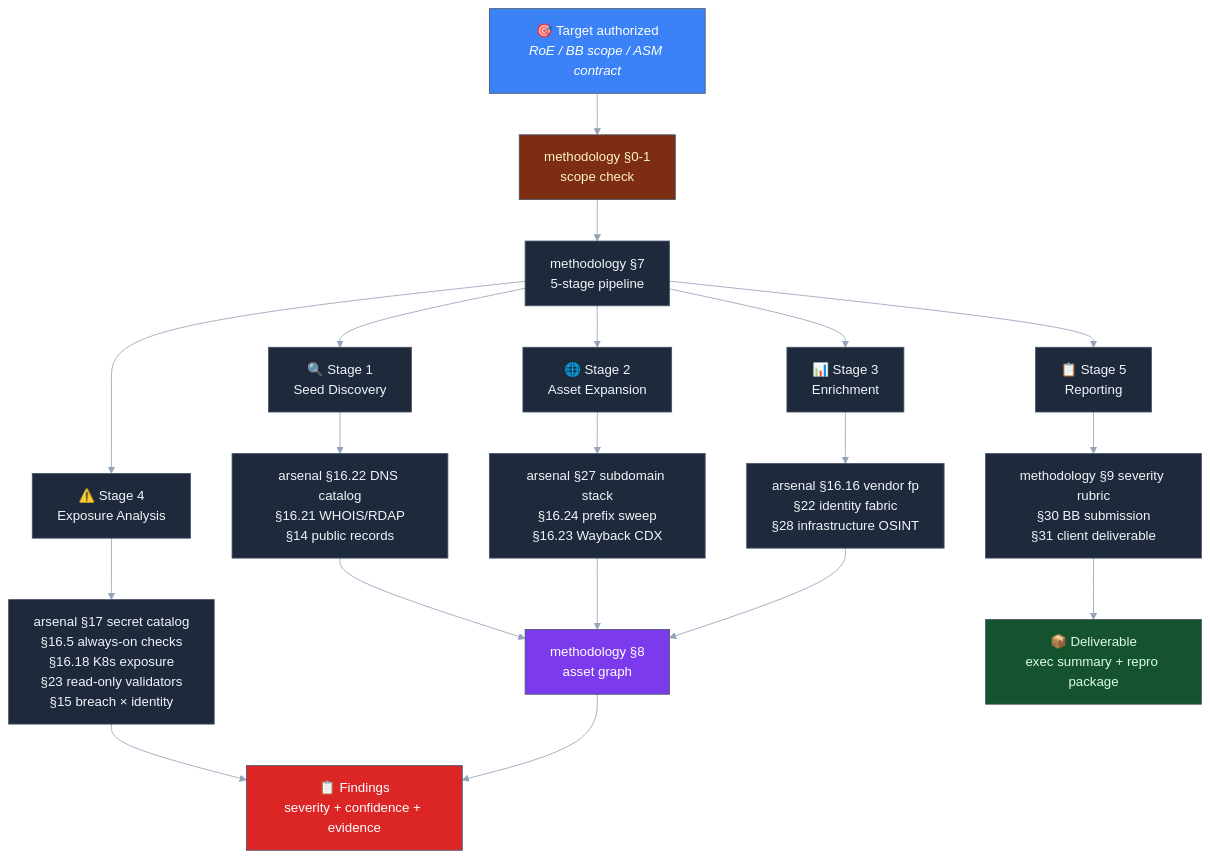
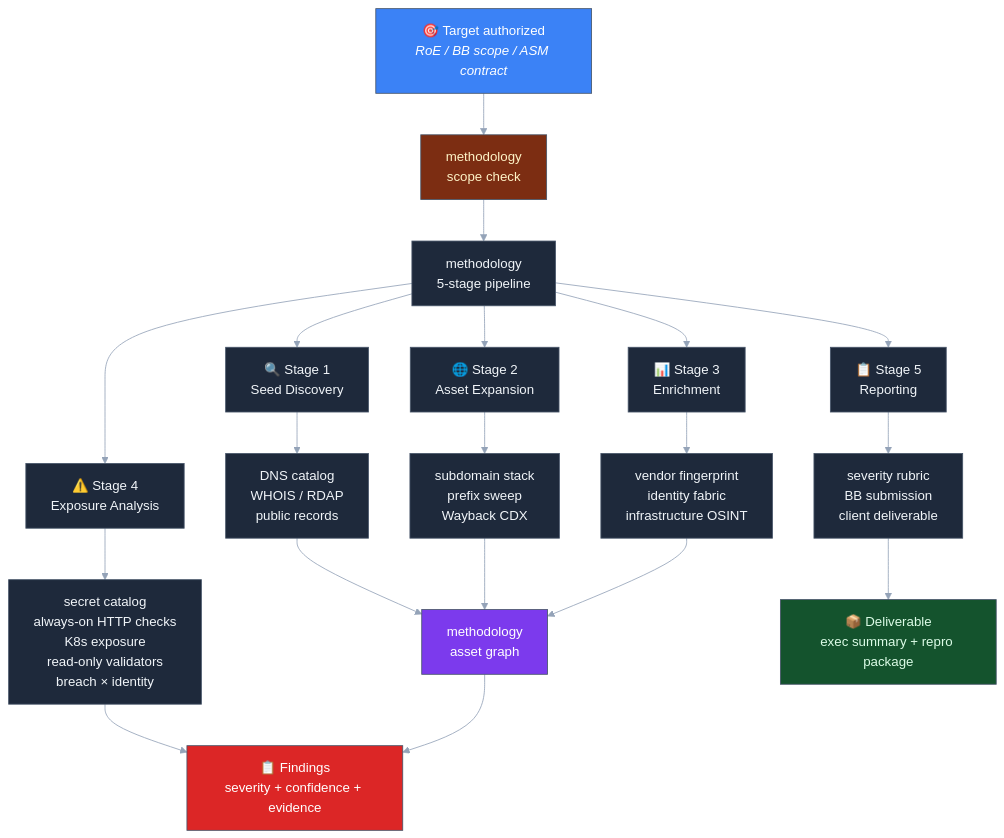
One commit to elementalsouls/Claude-OSINT changed the second of 2 diagrams in README.md. Above: the diagram before and after it, drawn with Mermaid. The commit also changed other lines of this file, not shown here.

````diff
--- a/README.md
+++ b/README.md
@@ -328,33 +328,33 @@
 ```mermaid
 %%{init: {'theme':'base', 'themeVariables': {'primaryColor':'#1e293b','primaryTextColor':'#f1f5f9','primaryBorderColor':'#475569','lineColor':'#94a3b8'}}}%%
 flowchart TD
-    A["🎯 Target authorized<br/><i>RoE / BB scope / ASM contract</i>"] --> B[methodology §0-1<br/>scope check]
-    B --> C[methodology §7<br/>5-stage pipeline]
+    A["🎯 Target authorized<br/><i>RoE / BB scope / ASM contract</i>"] --> B[methodology<br/>scope check]
+    B --> C[methodology<br/>5-stage pipeline]
 
     C --> D1["🔍 Stage 1<br/>Seed Discovery"]
     C --> D2["🌐 Stage 2<br/>Asset Expansion"]
     C --> D3["📊 Stage 3<br/>Enrichment"]
     C --> D4["⚠️ Stage 4<br/>Exposure Analysis"]
     C --> D5["📋 Stage 5<br/>Reporting"]
 
-    D1 --> E1[arsenal §16.22 DNS catalog<br/>§16.21 WHOIS/RDAP<br/>§14 public records]
-    D2 --> E2[arsenal §27 subdomain stack<br/>§16.24 prefix sweep<br/>§16.23 Wayback CDX]
-    D3 --> E3[arsenal §16.16 vendor fp<br/>§22 identity fabric<br/>§28 infrastructure OSINT]
-    D4 --> E4[arsenal §17 secret catalog<br/>§16.5 always-on checks<br/>§16.18 K8s exposure<br/>§23 read-only validators<br/>§15 breach × identity]
-    D5 --> E5[methodology §9 severity rubric<br/>§30 BB submission<br/>§31 client deliverable]
+    D1 --> E1[DNS catalog<br/>WHOIS / RDAP<br/>public records]
+    D2 --> E2[subdomain stack<br/>prefix sweep<br/>Wayback CDX]
+    D3 --> E3[vendor fingerprint<br/>identity fabric<br/>infrastructure OSINT]
+    D4 --> E4[secret catalog<br/>always-on HTTP checks<br/>K8s exposure<br/>read-only validators<br/>breach × identity]
+    D5 --> E5[severity rubric<br/>BB submission<br/>client deliverable]
 
-    E1 --> F[methodology §8<br/>asset graph]
+    E1 --> F[methodology<br/>asset graph]
     E2 --> F
     E3 --> F
     E4 --> G["📋 Findings<br/>severity + confidence + evidence"]
     E5 --> H["📦 Deliverable<br/>exec summary + repro package"]
 
     F --> G
 
     style A fill:#3b82f6,color:#fff
     style B fill:#7c2d12,color:#fef3c7
     style C fill:#1e293b,color:#f1f5f9
     style F fill:#7c3aed,color:#fff
     style G fill:#dc2626,color:#fff
     style H fill:#14532d,color:#dcfce7
 ```
````
